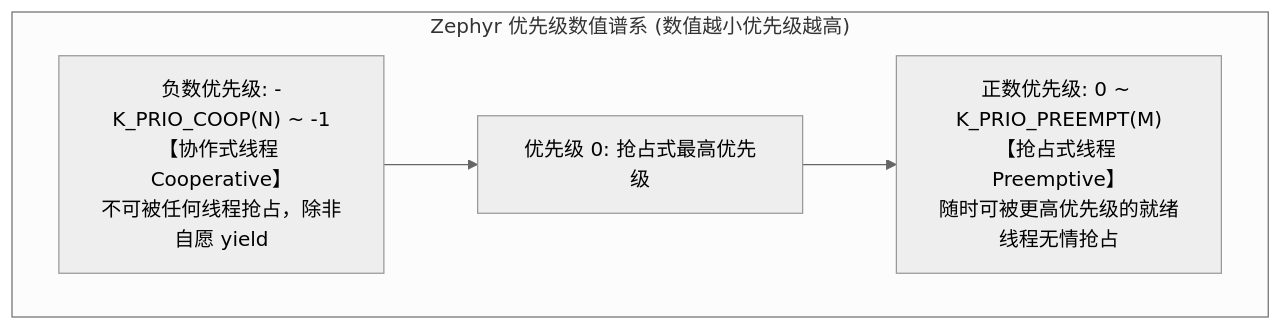
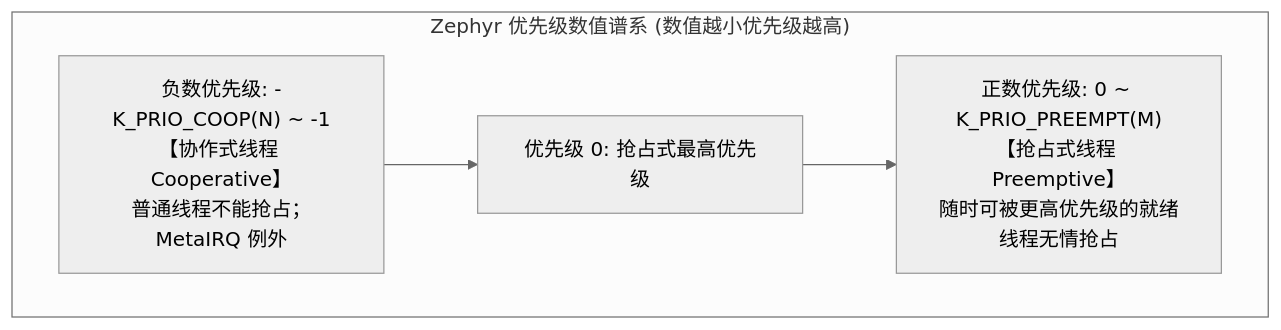
Before and after one commit to YvainZhang/YvainZhang.github.io: the first of 4 diagrams in RTOS/03-Zephyr-Deep-Dive/03-kernel-threads-scheduler-algorithms.md, drawn with Mermaid (neutral theme). The commit also changed other lines of this file and 44 other files, not shown here.

````diff
--- a/RTOS/03-Zephyr-Deep-Dive/03-kernel-threads-scheduler-algorithms.md
+++ b/RTOS/03-Zephyr-Deep-Dive/03-kernel-threads-scheduler-algorithms.md
@@ -7,11 +7,11 @@
 ```mermaid
 flowchart LR
     subgraph PrioritySpectrum["Zephyr 优先级数值谱系 (数值越小优先级越高)"]
         direction LR
-        Neg["负数优先级: -K_PRIO_COOP(N) ~ -1<br/>【协作式线程 Cooperative】<br/>不可被任何线程抢占，除非自愿 yield"]
+        Neg["负数优先级: -K_PRIO_COOP(N) ~ -1<br/>【协作式线程 Cooperative】<br/>普通线程不能抢占；MetaIRQ 例外"]
         Zero["优先级 0: 抢占式最高优先级"]
         Pos["正数优先级: 0 ~ K_PRIO_PREEMPT(M)<br/>【抢占式线程 Preemptive】<br/>随时可被更高优先级的就绪线程无情抢占"]
     end
 
     Neg --> Zero --> Pos
 ```
````
